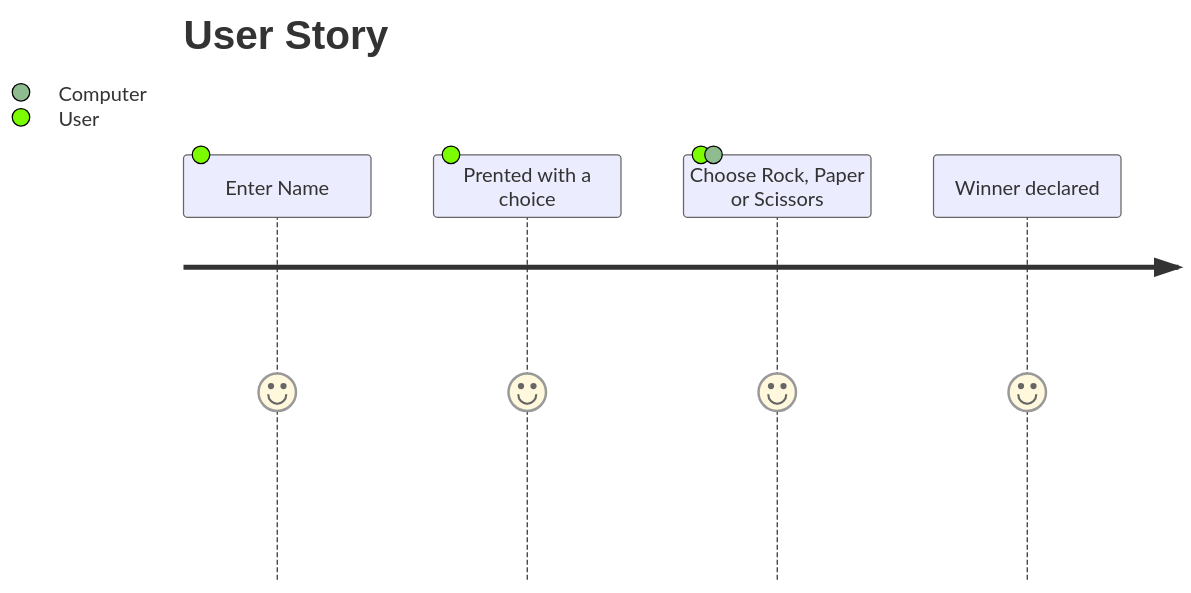
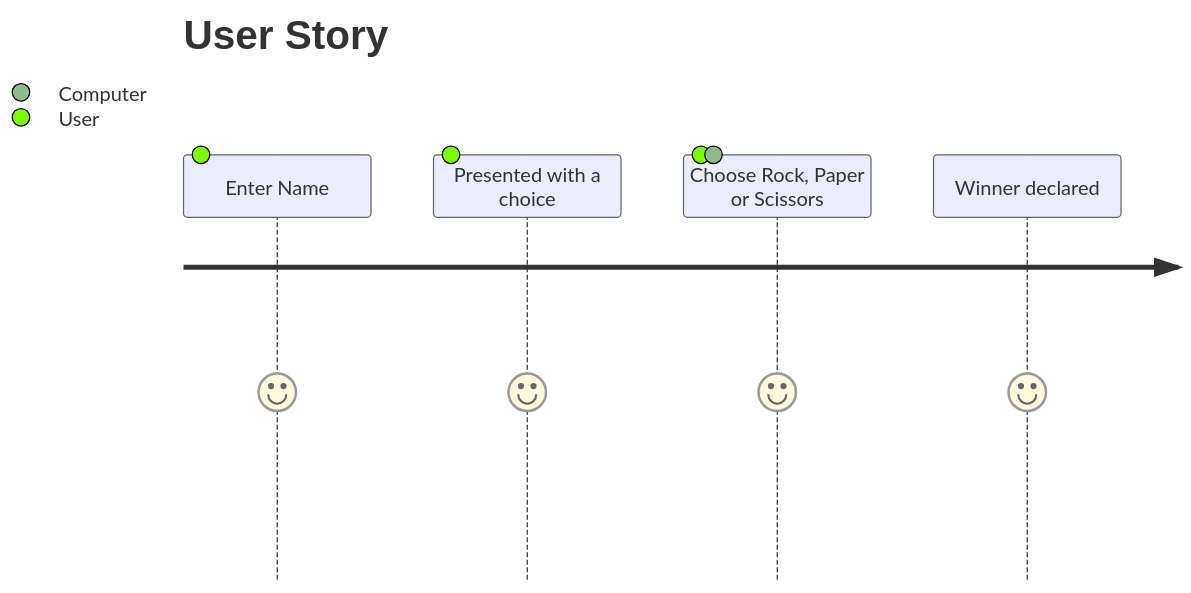
One commit to makersacademy/rps-challenge changed the first of 2 diagrams in README.md. Above: the diagram before and after it, drawn with Mermaid. The commit also changed other lines of this file and 1 other file, not shown here.

Commit message:
push for review

````diff
--- a/README.md
+++ b/README.md
@@ -38,8 +40,8 @@
 ```mermaid
 journey
     title User Story
       Enter Name: 5: User
-      Prented with a choice: 5: User
+      Presented with a choice: 5: User
       Choose Rock, Paper or Scissors: 5: User, Computer
       Winner declared: 5 
 ```
````
